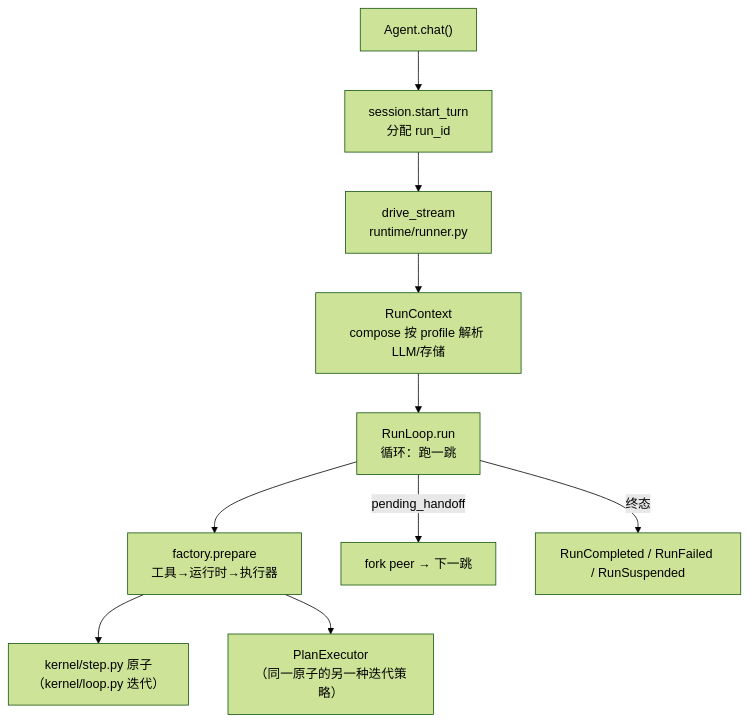
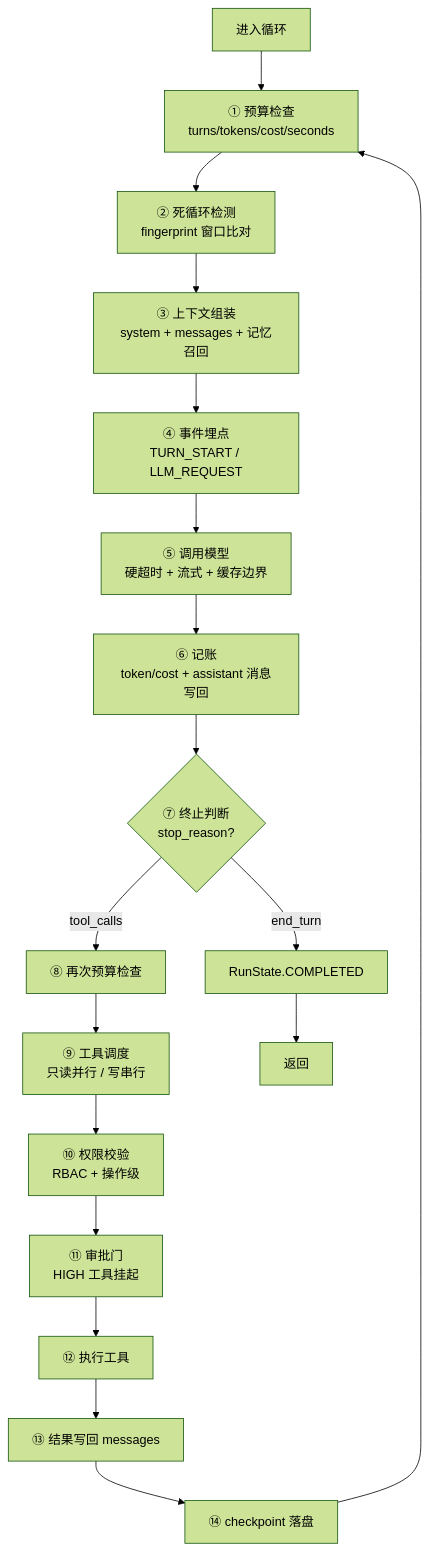
The first of 2 diagrams in docs/tour/05-loop.md (limenagent/prodagent), drawn with Mermaid (forest theme) before and after one commit. The commit also changed other lines of this file and 68 other files, not shown here.

````diff
--- a/docs/tour/05-loop.md
+++ b/docs/tour/05-loop.md
@@ -83,12 +27,21 @@
 ```mermaid
-flowchart TD
-    A["Agent.chat()"] --> S["session.start_turn<br/>分配 run_id"]
-    S --> D["drive_stream<br/>runtime/runner.py"]
-    D --> C["RunContext<br/>compose 按 profile 解析 LLM/存储"]
-    C --> R["RunLoop.run<br/>循环：跑一跳"]
-    R --> F["factory.prepare<br/>工具→运行时→执行器"]
-    F --> K["kernel/step.py 原子<br/>（kernel/loop.py 迭代）"]
-    F --> X["PlanExecutor<br/>（同一原子的另一种迭代策略）"]
-    R -->|"pending_handoff"| P["fork peer → 下一跳"]
-    R -->|"终态"| E["RunCompleted / RunFailed / RunSuspended"]
+graph TD
+    START["进入循环"] --> CHECK1["① 预算检查<br/>turns/tokens/cost/seconds"]
+    CHECK1 --> GUARD["② 死循环检测<br/>fingerprint 窗口比对"]
+    GUARD --> ASSEMBLE["③ 上下文组装<br/>system + messages + 记忆召回"]
+    ASSEMBLE --> FIRE1["④ 事件埋点<br/>TURN_START / LLM_REQUEST"]
+    FIRE1 --> CALL["⑤ 调用模型<br/>硬超时 + 流式 + 缓存边界"]
+    CALL --> ACCOUNT["⑥ 记账<br/>token/cost + assistant 消息写回"]
+    ACCOUNT --> STOP{"⑦ 终止判断<br/>stop_reason?"}
+    STOP -->|end_turn| COMPLETE["RunState.COMPLETED"]
+    STOP -->|tool_calls| CHECK2["⑧ 再次预算检查"]
+    CHECK2 --> DISPATCH["⑨ 工具调度<br/>只读并行 / 写串行"]
+    DISPATCH --> AUTH["⑩ 权限校验<br/>RBAC + 操作级"]
+    AUTH --> APPROVE["⑪ 审批门<br/>HIGH 工具挂起"]
+    APPROVE --> EXEC["⑫ 执行工具"]
+    EXEC --> RESULT["⑬ 结果写回 messages"]
+    RESULT --> CHECKPOINT["⑭ checkpoint 落盘"]
+    CHECKPOINT --> CHECK1
+
+    COMPLETE --> END["返回"]
 ```
````
